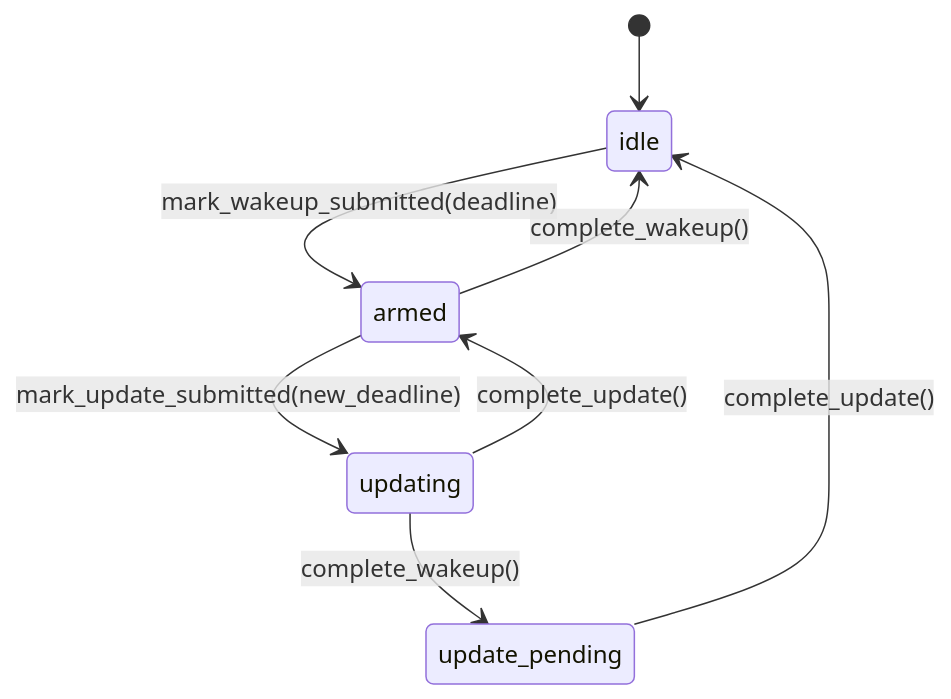
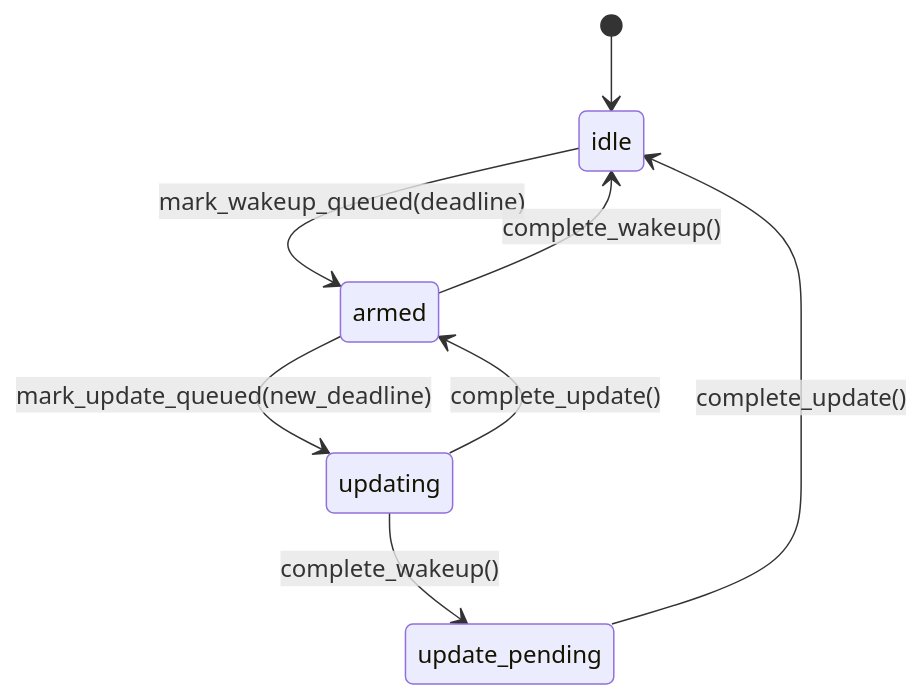
The third of 3 diagrams in docs/design/timer.md (haomingbai/bnio), drawn with Mermaid before and after one commit. The commit also changed other lines of this file and 42 other files, not shown here.

````diff
--- a/docs/design/timer.md
+++ b/docs/design/timer.md
@@ -229,10 +229,10 @@
 ```mermaid
 stateDiagram-v2
     [*] --> idle
-    idle --> armed: mark_wakeup_submitted(deadline)
+    idle --> armed: mark_wakeup_queued(deadline)
     armed --> idle: complete_wakeup()
-    armed --> updating: mark_update_submitted(new_deadline)
+    armed --> updating: mark_update_queued(new_deadline)
     updating --> armed: complete_update()
     updating --> update_pending: complete_wakeup()
     update_pending --> idle: complete_update()
 ```
````
